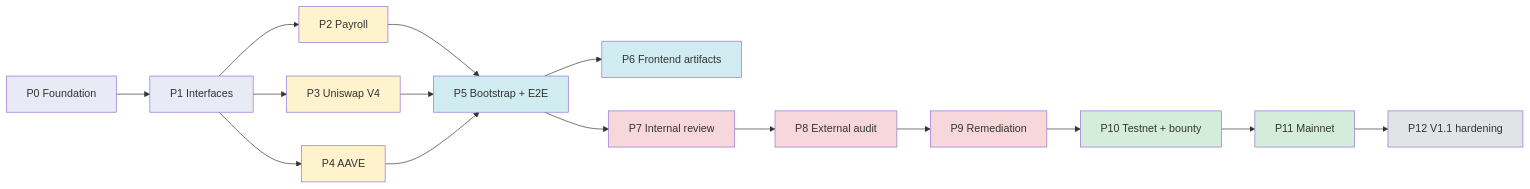
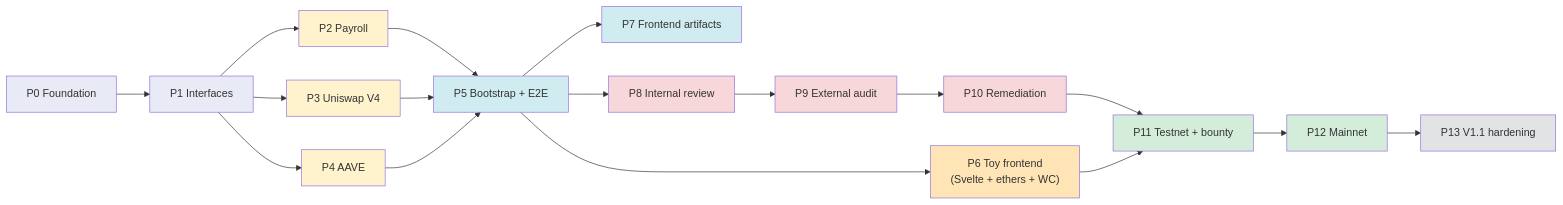
Before and after one commit to CyberdyneCorp/cyberdyne_dao_contracts: the eighth of 8 diagrams in README.md, drawn with Mermaid. The commit also changed other lines of this file and 3 other files, not shown here.

````diff
--- a/README.md
+++ b/README.md
@@ -384,31 +406,34 @@
 ```mermaid
 flowchart LR
     P0[P0 Foundation] --> P1[P1 Interfaces]
     P1 --> P2[P2 Payroll]
     P1 --> P3[P3 Uniswap V4]
     P1 --> P4[P4 AAVE]
     P2 --> P5[P5 Bootstrap + E2E]
     P3 --> P5
     P4 --> P5
-    P5 --> P6[P6 Frontend artifacts]
-    P5 --> P7[P7 Internal review]
-    P7 --> P8[P8 External audit]
-    P8 --> P9[P9 Remediation]
-    P9 --> P10[P10 Testnet + bounty]
-    P10 --> P11[P11 Mainnet]
-    P11 --> P12[P12 V1.1 hardening]
+    P5 --> P6["P6 Toy frontend<br/>(Svelte + ethers + WC)"]
+    P5 --> P7[P7 Frontend artifacts]
+    P5 --> P8[P8 Internal review]
+    P8 --> P9[P9 External audit]
+    P9 --> P10[P10 Remediation]
+    P10 --> P11[P11 Testnet + bounty]
+    P6 --> P11
+    P11 --> P12[P12 Mainnet]
+    P12 --> P13[P13 V1.1 hardening]
 
     style P0 fill:#e8eaf6
     style P1 fill:#e8eaf6
     style P2 fill:#fff3cd
     style P3 fill:#fff3cd
     style P4 fill:#fff3cd
     style P5 fill:#d1ecf1
-    style P6 fill:#d1ecf1
-    style P7 fill:#f8d7da
+    style P6 fill:#ffe4b5
+    style P7 fill:#d1ecf1
     style P8 fill:#f8d7da
     style P9 fill:#f8d7da
-    style P10 fill:#d4edda
+    style P10 fill:#f8d7da
     style P11 fill:#d4edda
-    style P12 fill:#e2e3e5
+    style P12 fill:#d4edda
+    style P13 fill:#e2e3e5
 ```
````
